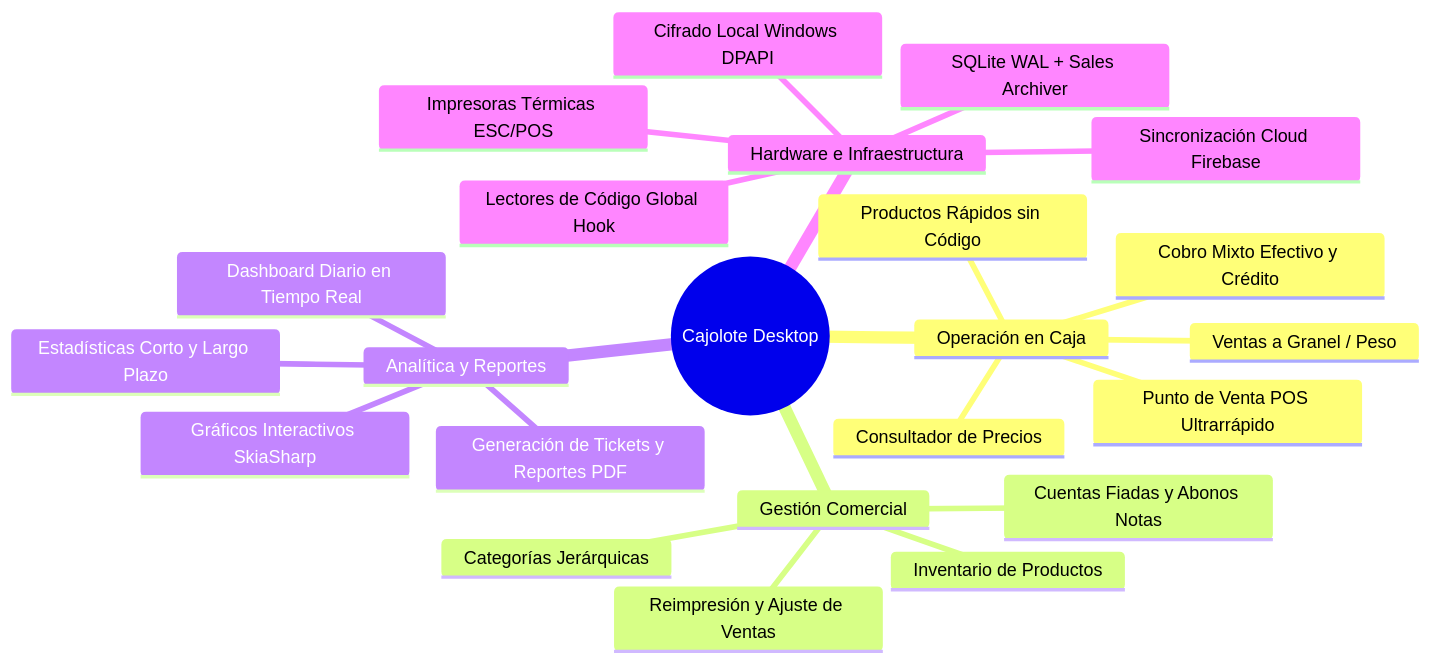
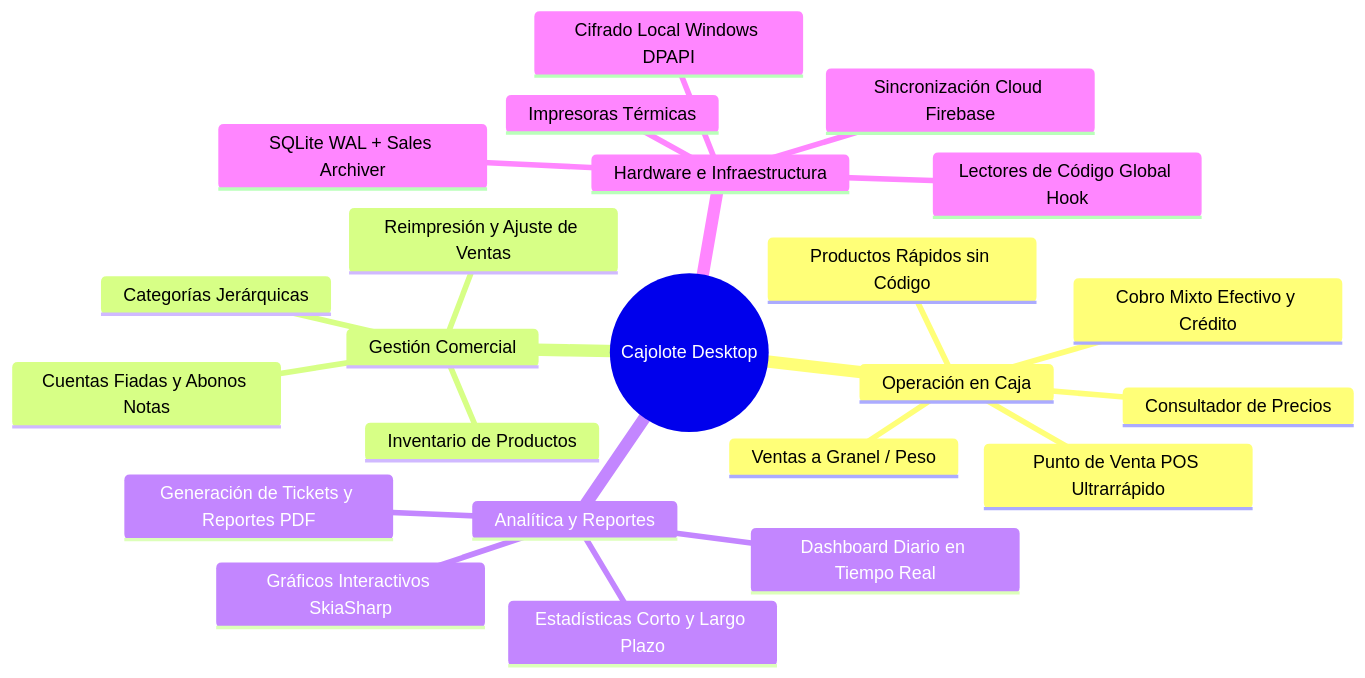
The first of 4 diagrams in README.md (Zsaildor/CAJOLOTE_DESKTOP_SHOWCASE), drawn with Mermaid before and after one commit. The commit also changed other lines of this file, not shown here.

````diff
--- a/README.md
+++ b/README.md
@@ -45,26 +45,26 @@
 ```mermaid
 mindmap
   root((Cajolote Desktop))
     Operación en Caja
       Punto de Venta POS Ultrarrápido
       Consultador de Precios
       Ventas a Granel / Peso
       Productos Rápidos sin Código
       Cobro Mixto Efectivo y Crédito
     Gestión Comercial
       Inventario de Productos
       Categorías Jerárquicas
       Cuentas Fiadas y Abonos Notas
       Reimpresión y Ajuste de Ventas
     Analítica y Reportes
       Dashboard Diario en Tiempo Real
       Gráficos Interactivos SkiaSharp
       Estadísticas Corto y Largo Plazo
       Generación de Tickets y Reportes PDF
     Hardware e Infraestructura
       Lectores de Código Global Hook
-      Impresoras Térmicas ESC/POS
+      Impresoras Térmicas
       Cifrado Local Windows DPAPI
       SQLite WAL + Sales Archiver
       Sincronización Cloud Firebase
 ```
````
